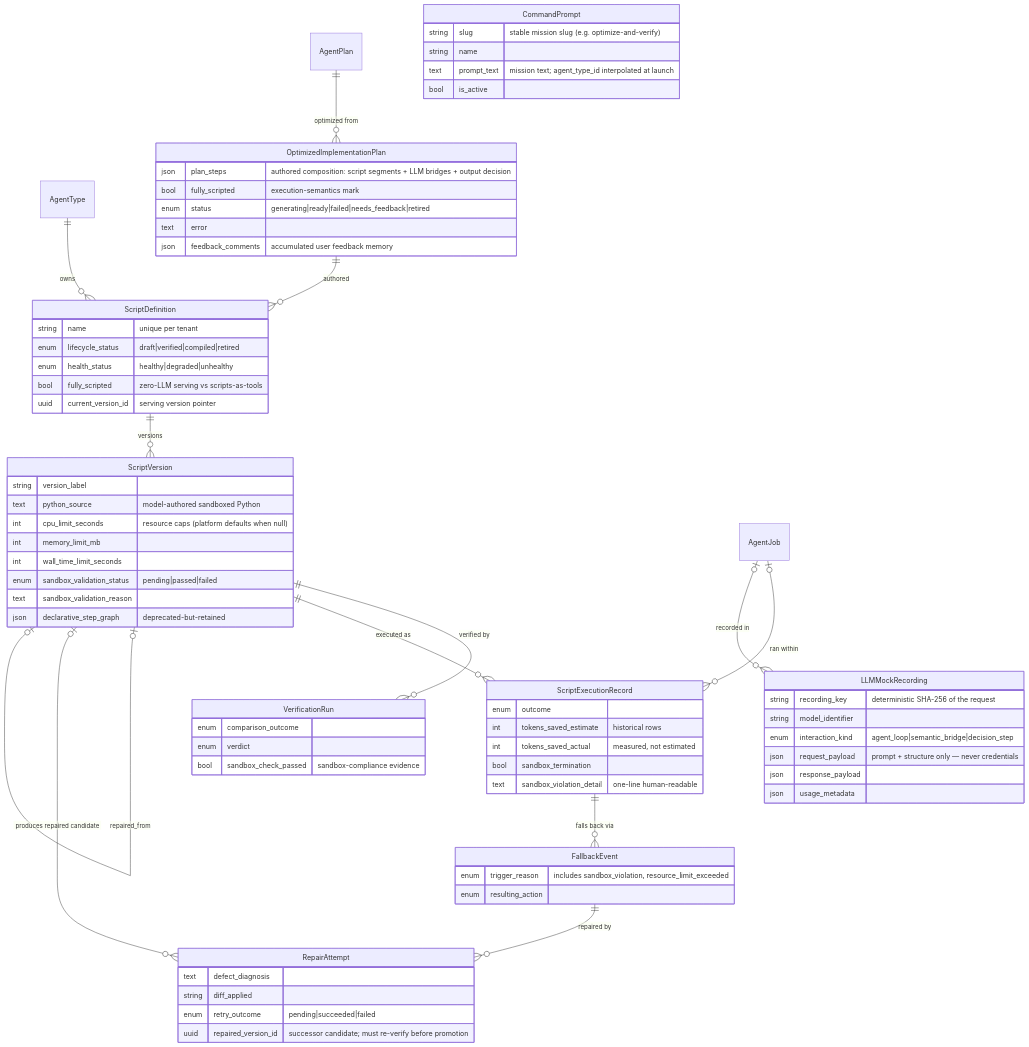
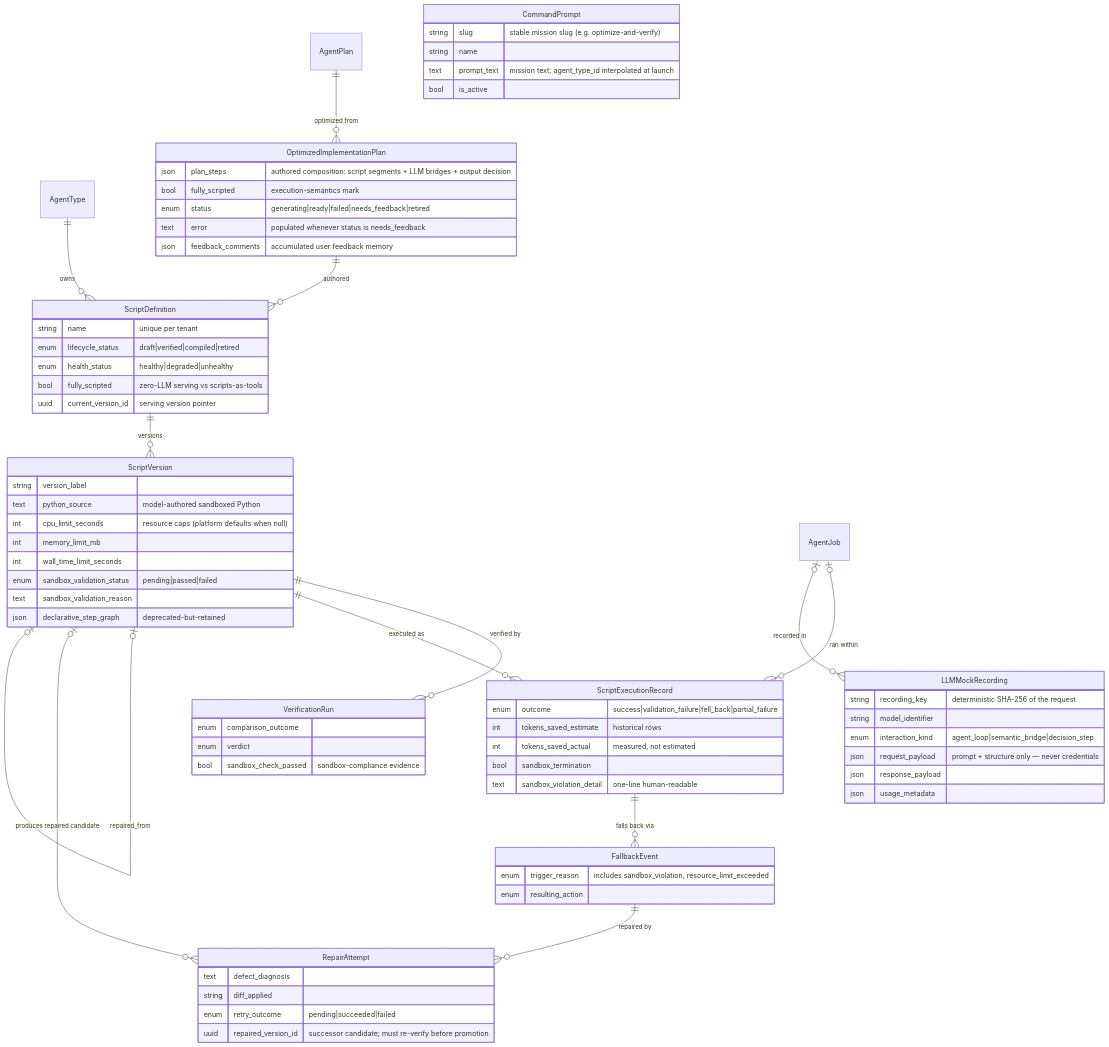
Before and after one commit to hurungang/parthenon: the ninth of 15 diagrams in docs/master/data-model/overview.md, drawn with Mermaid. The commit also changed other lines of this file and 269 other files, not shown here.

````diff
--- a/docs/master/data-model/overview.md
+++ b/docs/master/data-model/overview.md
@@ -793,76 +811,76 @@
 ```mermaid
 erDiagram
     AgentType ||--o{ ScriptDefinition : "owns"
     OptimizedImplementationPlan ||--o{ ScriptDefinition : "authored"
     AgentPlan ||--o{ OptimizedImplementationPlan : "optimized from"
     ScriptDefinition ||--o{ ScriptVersion : "versions"
     ScriptVersion ||--o{ VerificationRun : "verified by"
     ScriptVersion ||--o{ ScriptExecutionRecord : "executed as"
     ScriptExecutionRecord ||--o{ FallbackEvent : "falls back via"
     FallbackEvent ||--o{ RepairAttempt : "repaired by"
     RepairAttempt }o--o| ScriptVersion : "produces repaired candidate"
     ScriptVersion |o--o| ScriptVersion : "repaired_from"
     AgentJob |o--o{ ScriptExecutionRecord : "ran within"
     AgentJob |o--o{ LLMMockRecording : "recorded in"
 
     ScriptDefinition {
         string name "unique per tenant"
         enum lifecycle_status "draft|verified|compiled|retired"
         enum health_status "healthy|degraded|unhealthy"
         bool fully_scripted "zero-LLM serving vs scripts-as-tools"
         uuid current_version_id "serving version pointer"
     }
     ScriptVersion {
         string version_label
         text python_source "model-authored sandboxed Python"
         int cpu_limit_seconds "resource caps (platform defaults when null)"
         int memory_limit_mb
         int wall_time_limit_seconds
         enum sandbox_validation_status "pending|passed|failed"
         text sandbox_validation_reason
         json declarative_step_graph "deprecated-but-retained"
     }
     OptimizedImplementationPlan {
         json plan_steps "authored composition: script segments + LLM bridges + output decision"
         bool fully_scripted "execution-semantics mark"
         enum status "generating|ready|failed|needs_feedback|retired"
-        text error
+        text error "populated whenever status is needs_feedback"
         json feedback_comments "accumulated user feedback memory"
     }
     CommandPrompt {
         string slug "stable mission slug (e.g. optimize-and-verify)"
         string name
         text prompt_text "mission text; agent_type_id interpolated at launch"
         bool is_active
     }
     VerificationRun {
         enum comparison_outcome
         enum verdict
         bool sandbox_check_passed "sandbox-compliance evidence"
     }
     ScriptExecutionRecord {
-        enum outcome
+        enum outcome "success|validation_failure|fell_back|partial_failure"
         int tokens_saved_estimate "historical rows"
         int tokens_saved_actual "measured, not estimated"
         bool sandbox_termination
         text sandbox_violation_detail "one-line human-readable"
     }
     FallbackEvent {
         enum trigger_reason "includes sandbox_violation, resource_limit_exceeded"
         enum resulting_action
     }
     RepairAttempt {
         text defect_diagnosis
         string diff_applied
         enum retry_outcome "pending|succeeded|failed"
         uuid repaired_version_id "successor candidate; must re-verify before promotion"
     }
     LLMMockRecording {
         string recording_key "deterministic SHA-256 of the request"
         string model_identifier
         enum interaction_kind "agent_loop|semantic_bridge|decision_step"
         json request_payload "prompt + structure only — never credentials"
         json response_payload
         json usage_metadata
     }
 ```
````
